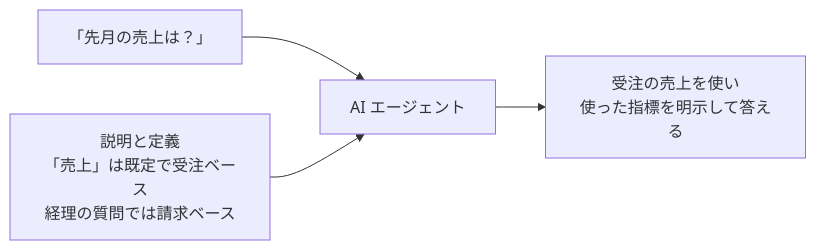
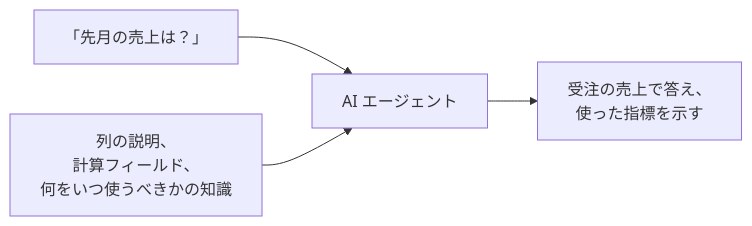
Before and after one commit to YoshitakaArakawa/SampleHyperStore: the second of 4 diagrams in ja/README.md, drawn with Mermaid. The commit also changed other lines of this file, not shown here.

````diff
--- a/ja/README.md
+++ b/ja/README.md
@@ -24,6 +30,6 @@
 ```mermaid
 flowchart LR
     Q["「先月の売上は？」"] --> A["AI エージェント"]
-    K["説明と定義<br/>「売上」は既定で受注ベース<br/>経理の質問では請求ベース"] --> A
-    A --> S1["受注の売上を使い<br/>使った指標を明示して答える"]
+    K["列の説明、<br/>計算フィールド、<br/>何をいつ使うべきかの知識"] --> A
+    A --> R["受注の売上で答え、<br/>使った指標を示す"]
 ```
````
